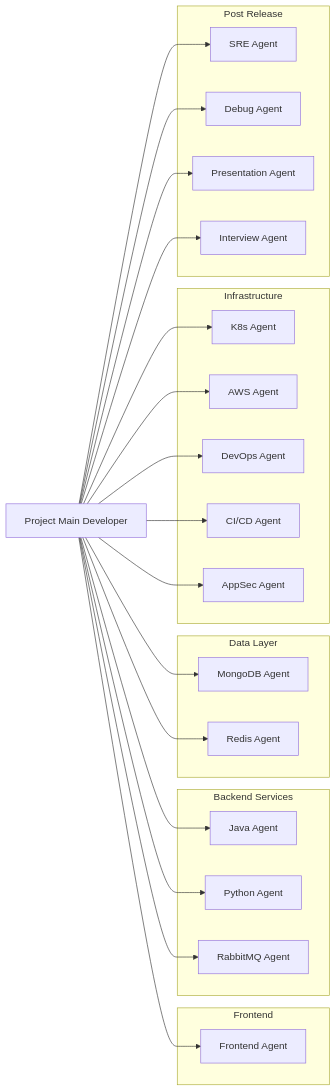
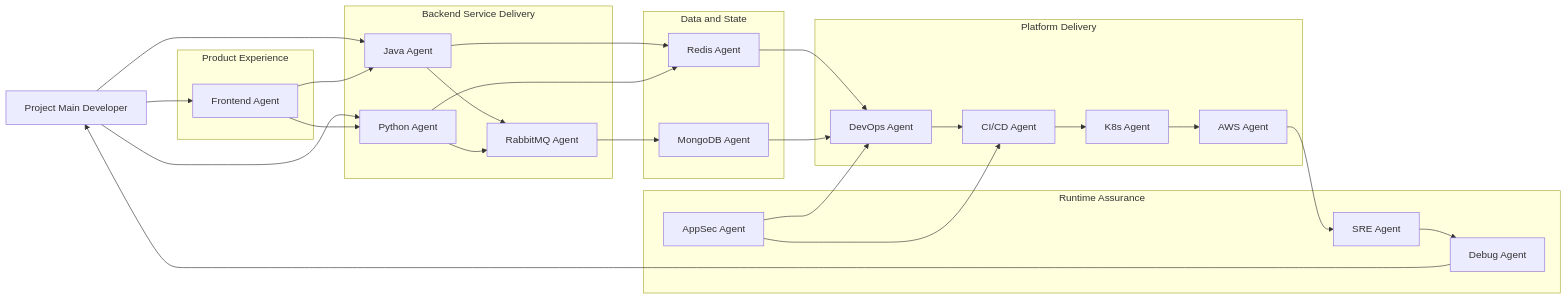
The diagram in README.md (harrysmithliu/modern-user-product-order-system), drawn with Mermaid before and after one commit. The commit also changed other lines of this file, not shown here.

Commit message:
docs: refine agent collaboration model in README

````diff
--- a/README.md
+++ b/README.md
@@ -15,50 +15,53 @@
 ```mermaid
 flowchart LR
     PMD[Project Main Developer]
 
-    subgraph FRONTEND[Frontend]
+    subgraph PRODUCT[Product Experience]
         FE[Frontend Agent]
     end
 
-    subgraph BACKEND[Backend Services]
+    subgraph SERVICES[Backend Service Delivery]
         JAVA[Java Agent]
         PY[Python Agent]
         RMQ[RabbitMQ Agent]
     end
 
-    subgraph DATA[Data Layer]
+    subgraph DATA[Data and State]
+        REDIS[Redis Agent]
         MONGO[MongoDB Agent]
-        REDIS[Redis Agent]
     end
 
-    subgraph INFRA[Infrastructure]
+    subgraph PLATFORM[Platform Delivery]
+        DEVOPS[DevOps Agent]
+        CICD[CI/CD Agent]
         K8S[K8s Agent]
         AWS[AWS Agent]
-        DEVOPS[DevOps Agent]
-        CICD[CI/CD Agent]
-        APPSEC[AppSec Agent]
     end
 
-    subgraph POST[Post Release]
+    subgraph OPERATIONS[Runtime Assurance]
+        APPSEC[AppSec Agent]
         SRE[SRE Agent]
         DEBUG[Debug Agent]
-        PRESENT[Presentation Agent]
-        INTERVIEW[Interview Agent]
     end
 
     PMD --> FE
     PMD --> JAVA
     PMD --> PY
-    PMD --> RMQ
-    PMD --> MONGO
-    PMD --> REDIS
-    PMD --> K8S
-    PMD --> AWS
-    PMD --> DEVOPS
-    PMD --> CICD
-    PMD --> APPSEC
-    PMD --> SRE
-    PMD --> DEBUG
-    PMD --> PRESENT
-    PMD --> INTERVIEW
+    FE --> JAVA
+    FE --> PY
+    JAVA --> RMQ
+    PY --> RMQ
+    JAVA --> REDIS
+    PY --> REDIS
+    RMQ --> MONGO
+    REDIS --> DEVOPS
+    MONGO --> DEVOPS
+    DEVOPS --> CICD
+    CICD --> K8S
+    K8S --> AWS
+    AWS --> SRE
+    SRE --> DEBUG
+    DEBUG --> PMD
+    APPSEC --> DEVOPS
+    APPSEC --> CICD
 ```
````
